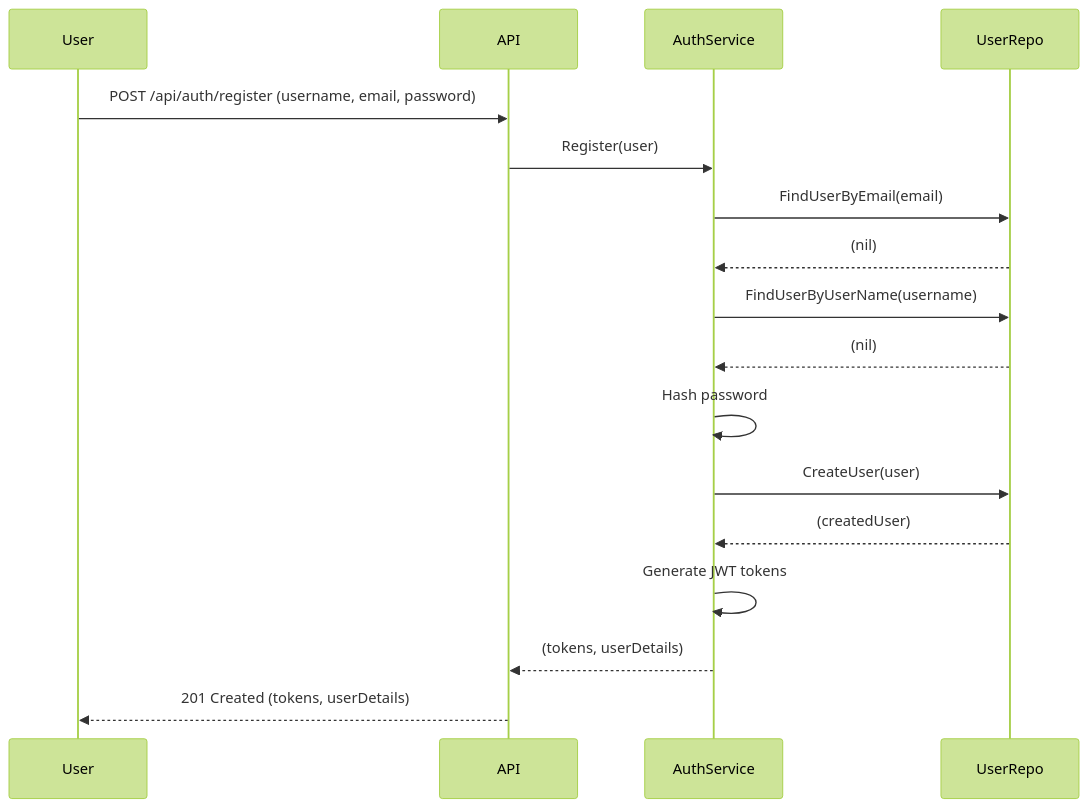
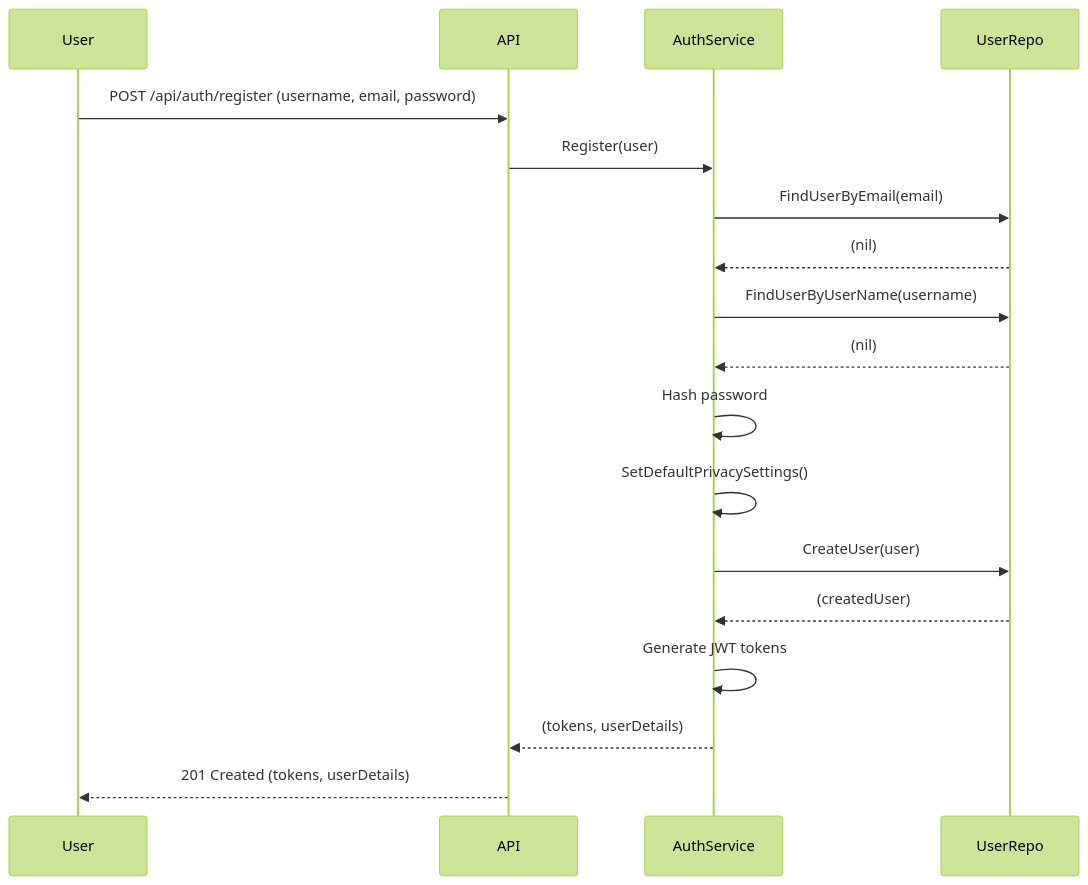
The first of 9 diagrams in docs/business_logic.md (MuhibNayem/messaging-app), drawn with Mermaid (forest theme) before and after one commit. The commit also changed other lines of this file and 18 other files, not shown here.

````diff
--- a/docs/business_logic.md
+++ b/docs/business_logic.md
@@ -19,19 +20,20 @@
 ```mermaid
 sequenceDiagram
     participant User
     participant API
     participant AuthService
     participant UserRepo
     User->>API: POST /api/auth/register (username, email, password)
     API->>AuthService: Register(user)
     AuthService->>UserRepo: FindUserByEmail(email)
     UserRepo-->>AuthService: (nil)
     AuthService->>UserRepo: FindUserByUserName(username)
     UserRepo-->>AuthService: (nil)
     AuthService->>AuthService: Hash password
+    AuthService->>AuthService: SetDefaultPrivacySettings()
     AuthService->>UserRepo: CreateUser(user)
     UserRepo-->>AuthService: (createdUser)
     AuthService->>AuthService: Generate JWT tokens
     AuthService-->>API: (tokens, userDetails)
     API-->>User: 201 Created (tokens, userDetails)
 ```
````
